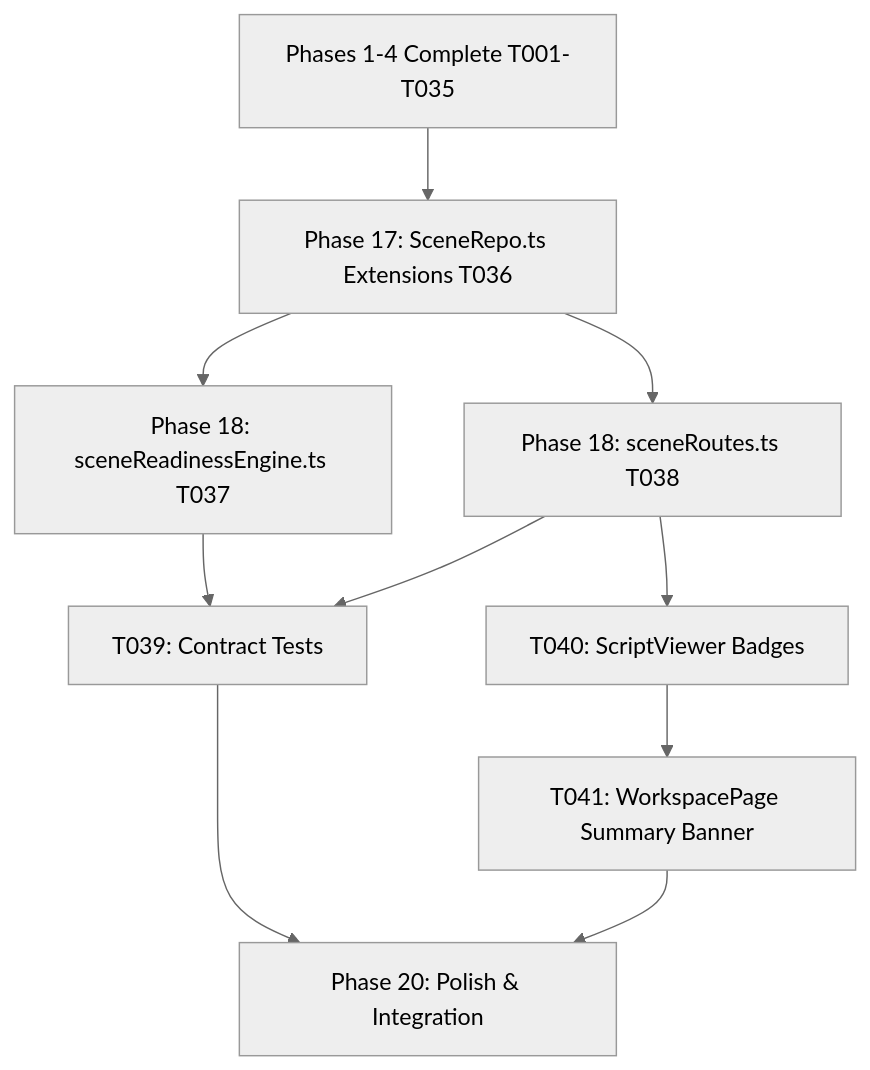
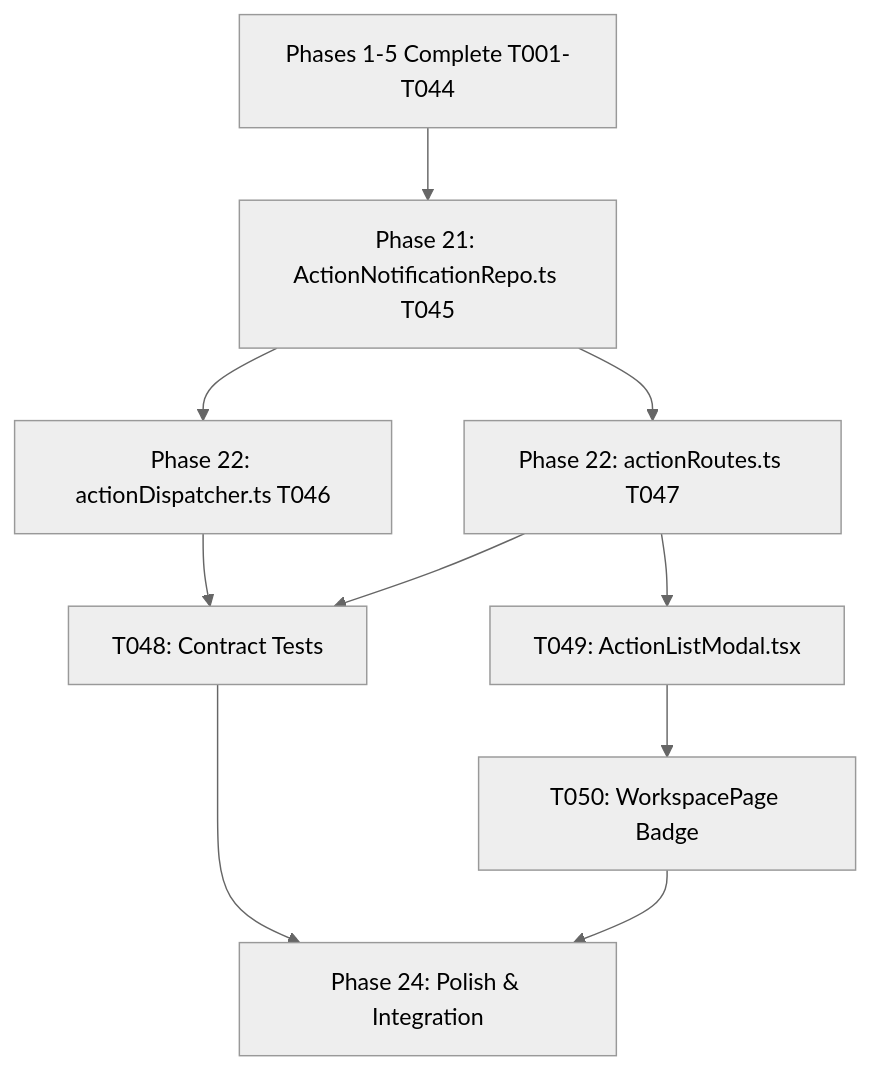
One commit to fmcgoohan/clearancescout changed the diagram in specs/016-production-clearance-model/tasks.md. Above: the diagram before and after it, drawn with Mermaid (neutral theme). The commit also changed other lines of this file, not shown here.

Commit message:
docs(tasks): append Phase 6 action and notification lists tasks to 016-production-clearance-model

````diff
--- a/specs/016-production-clearance-model/tasks.md
+++ b/specs/016-production-clearance-model/tasks.md
@@ -199,12 +247,12 @@
 ```mermaid
 graph TD
-    Phases1to4[Phases 1-4 Complete T001-T035] --> Phase17[Phase 17: SceneRepo.ts Extensions T036]
-    Phase17 --> Phase18_Engine[Phase 18: sceneReadinessEngine.ts T037]
-    Phase17 --> Phase18_Routes[Phase 18: sceneRoutes.ts T038]
-    Phase18_Engine --> US5_Tests[T039: Contract Tests]
-    Phase18_Routes --> US5_Tests
-    Phase18_Routes --> US5_UI_Viewer[T040: ScriptViewer Badges]
-    US5_UI_Viewer --> US5_UI_Workspace[T041: WorkspacePage Summary Banner]
-    US5_Tests --> Phase20[Phase 20: Polish & Integration]
-    US5_UI_Workspace --> Phase20
+    Phases1to5[Phases 1-5 Complete T001-T044] --> Phase21[Phase 21: ActionNotificationRepo.ts T045]
+    Phase21 --> Phase22_Dispatcher[Phase 22: actionDispatcher.ts T046]
+    Phase21 --> Phase22_Routes[Phase 22: actionRoutes.ts T047]
+    Phase22_Dispatcher --> US6_Tests[T048: Contract Tests]
+    Phase22_Routes --> US6_Tests
+    Phase22_Routes --> US6_UI_Modal[T049: ActionListModal.tsx]
+    US6_UI_Modal --> US6_UI_Workspace[T050: WorkspacePage Badge]
+    US6_Tests --> Phase24[Phase 24: Polish & Integration]
+    US6_UI_Workspace --> Phase24
 ```
````
